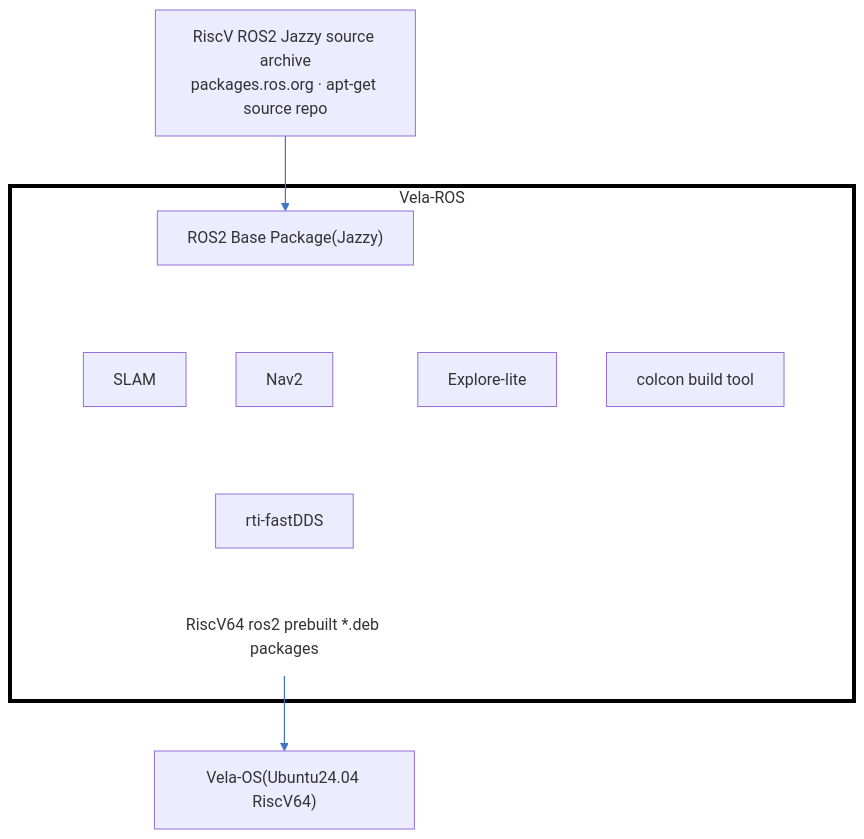
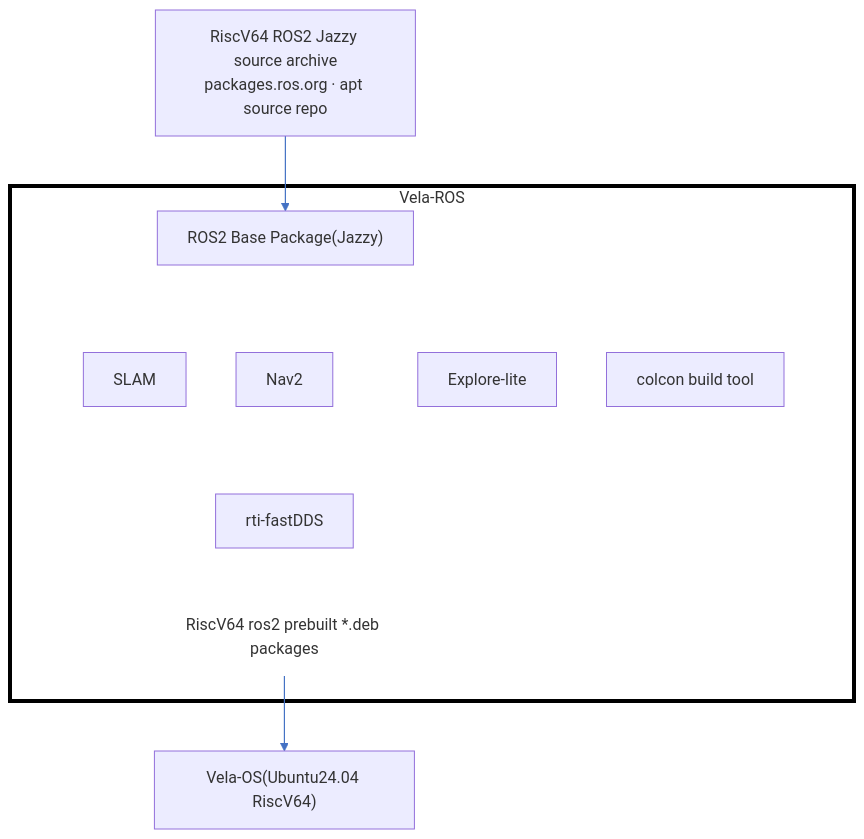
The diagram in vela-ros-architecture.md (riscv-vela/vela-ros), drawn with Mermaid before and after one commit.

Commit message:
Correct RiscV ROS2 Jazzy source archive reference
Updated the source archive reference for RiscV64.

````diff
--- a/vela-ros-architecture.md
+++ b/vela-ros-architecture.md
@@ -5,36 +5,36 @@
 ```mermaid
 flowchart TB
-    SRC["RiscV ROS2 Jazzy source archive
-packages.ros.org · apt-get source repo"]
+    SRC["RiscV64 ROS2 Jazzy source archive
+packages.ros.org · apt source repo"]
 
     subgraph VELAROS["Vela-ROS"]
         BASE["ROS2 Base Package(Jazzy)"]
         SLAM["SLAM"]
         NAV2["Nav2"]
         subgraph TOOLS[" "]
             direction TB
             EXPLORE["Explore-lite"]
             COLCON["colcon build tool"]
         end
         DDS["rti-fastDDS"]
         DEBS["RiscV64 ros2 prebuilt *.deb packages"]
 
         BASE ~~~ SLAM
         BASE ~~~ NAV2
         BASE ~~~ TOOLS
         SLAM ~~~ DDS
         NAV2 ~~~ DDS
         TOOLS ~~~ DDS
         DDS ~~~ DEBS
     end
 
     ENV["Vela-OS(Ubuntu24.04 RiscV64)"]
 
     SRC --> BASE
     DEBS --> ENV
 
     style VELAROS fill:none,stroke:#000000,stroke-width:4px
     style TOOLS fill:none,stroke:none
     style DEBS fill:none,stroke:none
     linkStyle 7,8 stroke:#4472C4,stroke-width:1.2px
 ```
````
